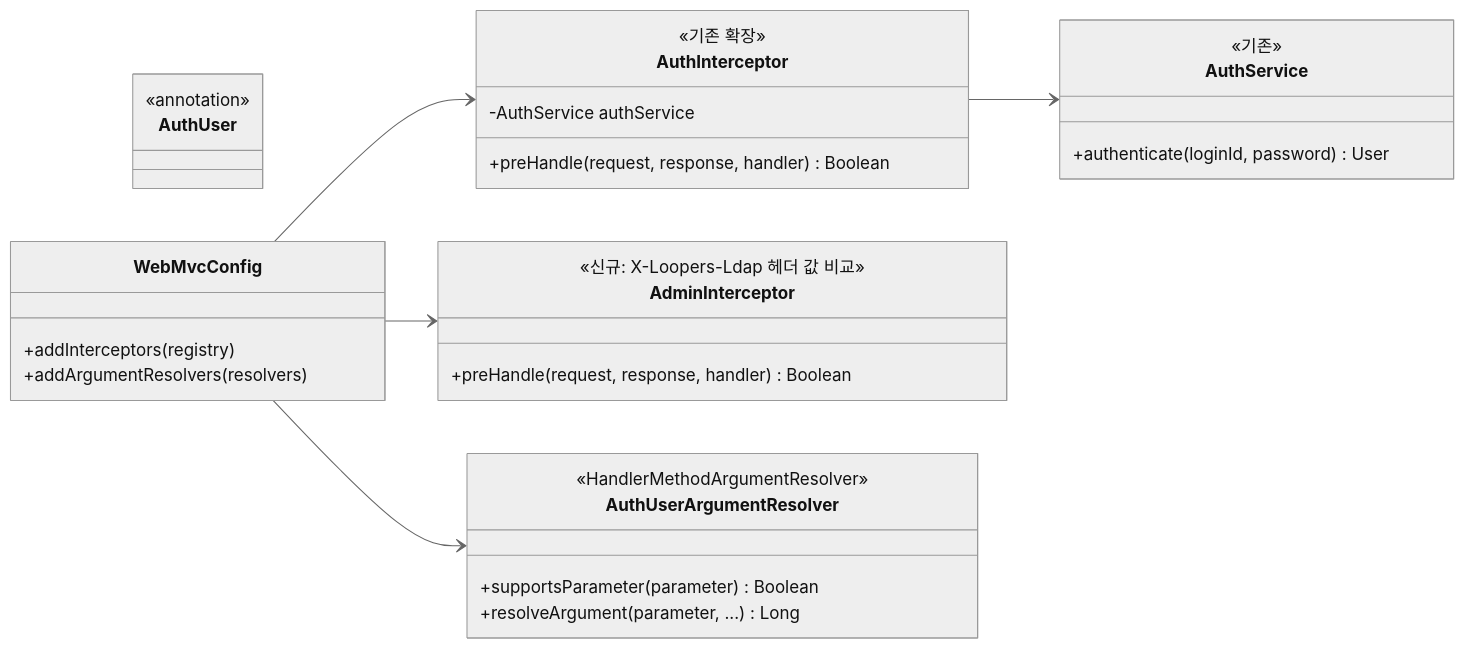
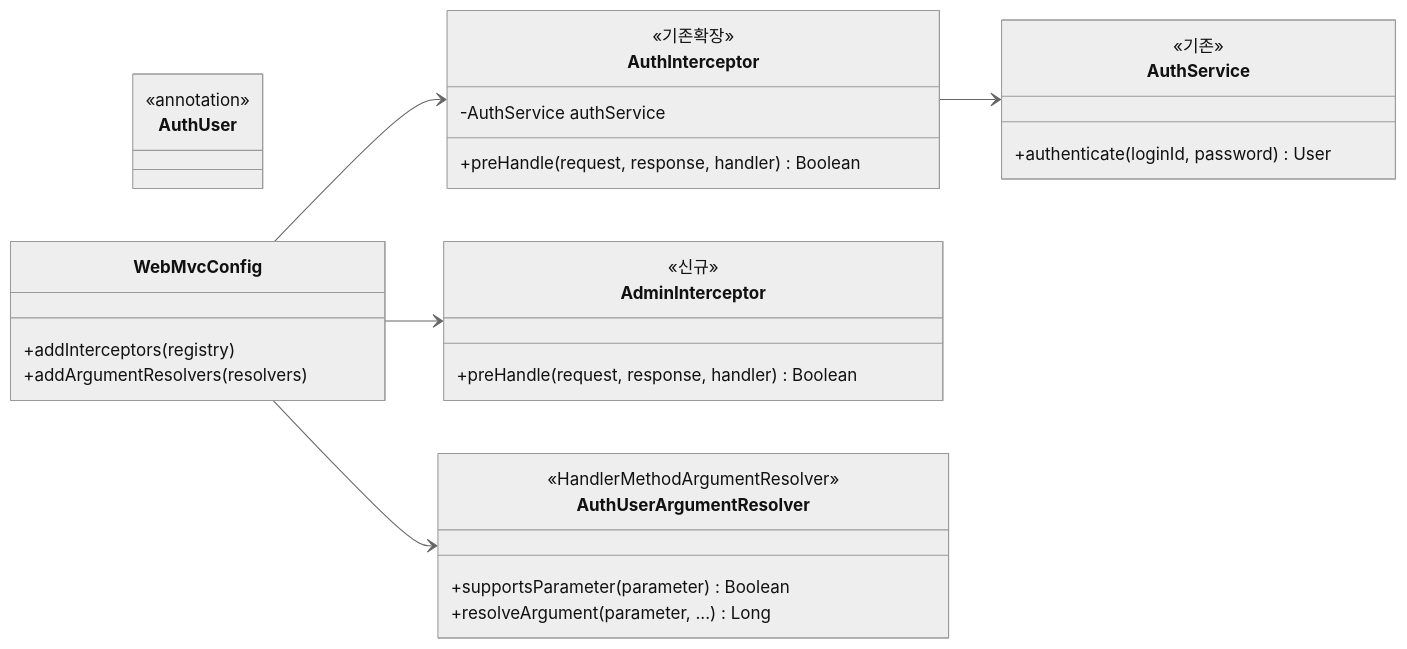
One commit to Loopers-dev-lab/loop-pack-be-l2-vol3-kotlin changed the seventh of 7 diagrams in docs/design/03-class-diagram.md. Above: the diagram before and after it, drawn with Mermaid (neutral theme). The commit also changed other lines of this file and 4 other files, not shown here.

````diff
--- a/docs/design/03-class-diagram.md
+++ b/docs/design/03-class-diagram.md
@@ -603,40 +655,40 @@
 ```mermaid
 classDiagram
     direction LR
 
     class AuthInterceptor {
-        <<기존 확장>>
+        <<기존확장>>
         -AuthService authService
         +preHandle(request, response, handler) Boolean
     }
 
     class AdminInterceptor {
-        <<신규: X-Loopers-Ldap 헤더 값 비교>>
+        <<신규>>
         +preHandle(request, response, handler) Boolean
     }
 
     class AuthService {
         <<기존>>
         +authenticate(loginId, password) User
     }
 
     class AuthUser {
         <<annotation>>
     }
 
     class AuthUserArgumentResolver {
         <<HandlerMethodArgumentResolver>>
         +supportsParameter(parameter) Boolean
         +resolveArgument(parameter, ...) Long
     }
 
     class WebMvcConfig {
         +addInterceptors(registry)
         +addArgumentResolvers(resolvers)
     }
 
     WebMvcConfig --> AuthInterceptor
     WebMvcConfig --> AdminInterceptor
     WebMvcConfig --> AuthUserArgumentResolver
     AuthInterceptor --> AuthService
 ```
````
